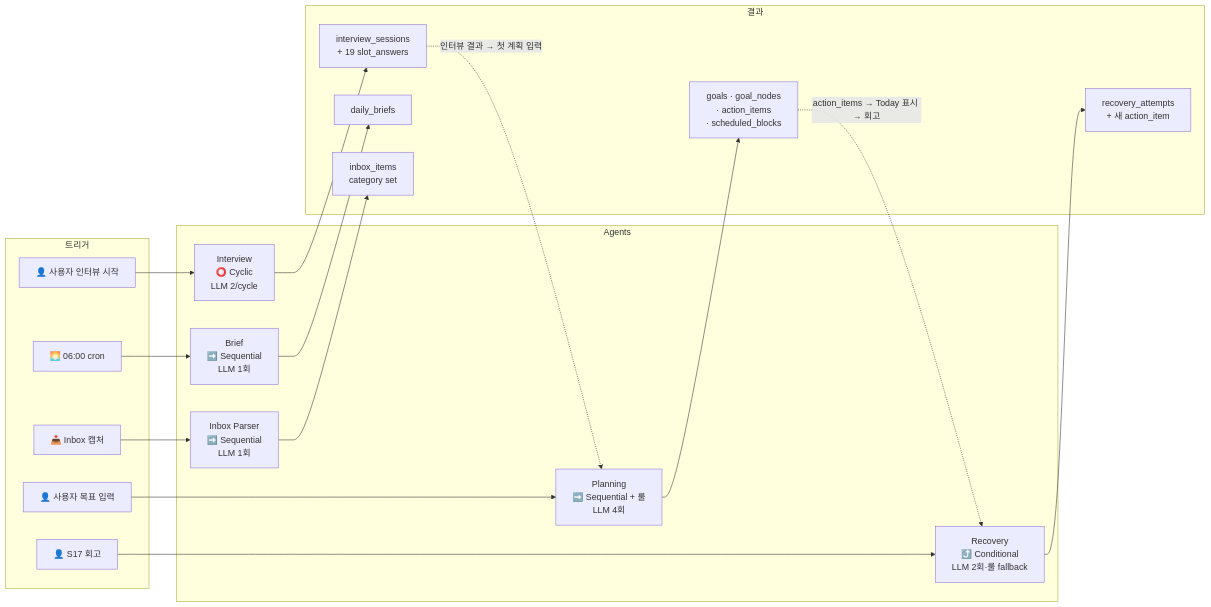
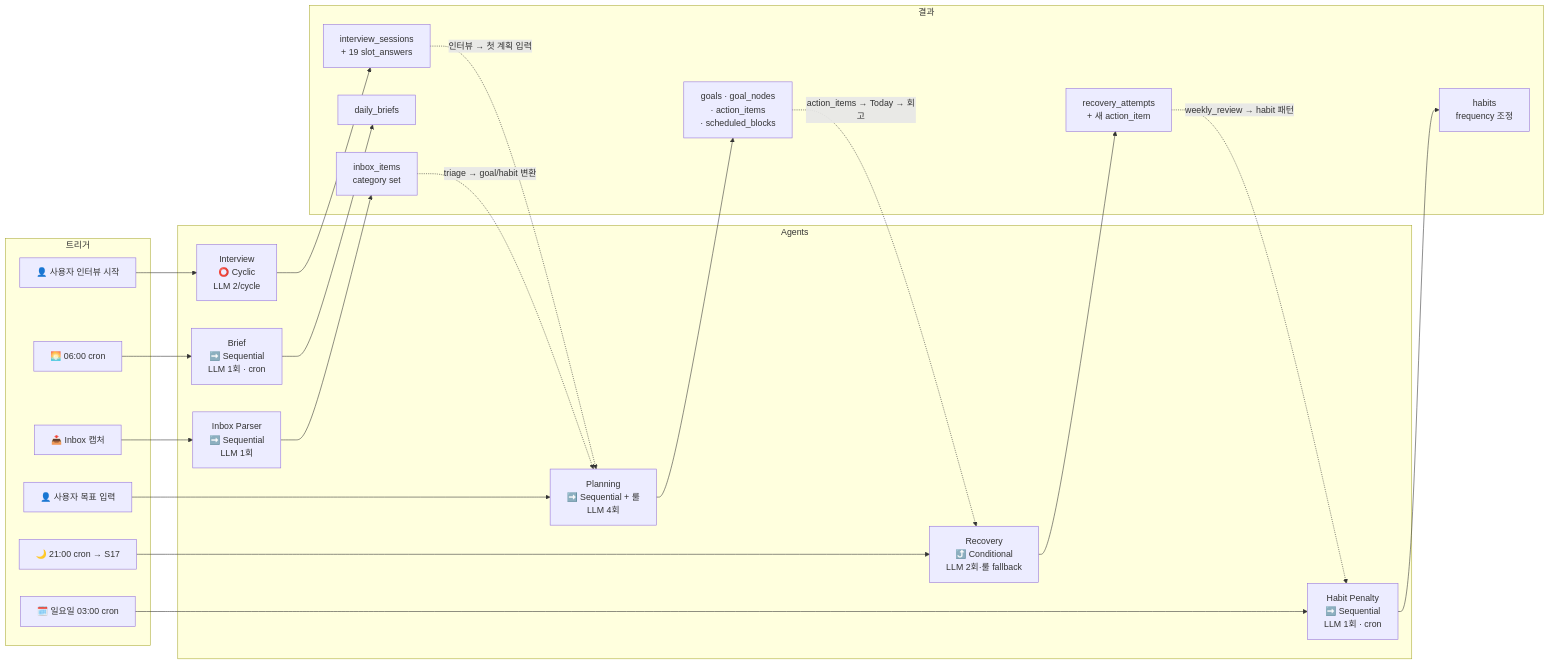
Before and after one commit to hanium-reaction/reaction-backend: the seventh of 7 diagrams in docs/decisions/0005-agentic-architecture-mvp.md, drawn with Mermaid. The commit also changed other lines of this file, not shown here.

Commit message:
docs(adr): 0005 전체 보강 — Top5+중간+경미 13개 해결 + Habit Penalty Agent + Adapter/Error/동시성/모니터링/만료 5개 신규 섹션

````diff
--- a/docs/decisions/0005-agentic-architecture-mvp.md
+++ b/docs/decisions/0005-agentic-architecture-mvp.md
@@ -413,35 +484,41 @@
 ```mermaid
 graph LR
   subgraph 트리거
     T1[👤 사용자 인터뷰 시작]
     T2[👤 사용자 목표 입력]
     T3[🌅 06:00 cron]
-    T4[👤 S17 회고]
+    T4[🌙 21:00 cron → S17]
     T5[📥 Inbox 캡처]
+    T6[🗓️ 일요일 03:00 cron]
   end
 
   subgraph Agents
     A1[Interview<br/>⭕ Cyclic<br/>LLM 2/cycle]
     A2[Planning<br/>➡️ Sequential + 룰<br/>LLM 4회]
-    A3[Brief<br/>➡️ Sequential<br/>LLM 1회]
+    A3[Brief<br/>➡️ Sequential<br/>LLM 1회 · cron]
     A4[Recovery<br/>⤴️ Conditional<br/>LLM 2회·룰 fallback]
     A5[Inbox Parser<br/>➡️ Sequential<br/>LLM 1회]
+    A6[Habit Penalty<br/>➡️ Sequential<br/>LLM 1회 · cron]
   end
 
   subgraph 결과
     R1[interview_sessions<br/>+ 19 slot_answers]
     R2[goals · goal_nodes<br/>· action_items<br/>· scheduled_blocks]
     R3[daily_briefs]
     R4[recovery_attempts<br/>+ 새 action_item]
     R5[inbox_items<br/>category set]
+    R6[habits<br/>frequency 조정]
   end
 
   T1 --> A1 --> R1
   T2 --> A2 --> R2
   T3 --> A3 --> R3
   T4 --> A4 --> R4
   T5 --> A5 --> R5
+  T6 --> A6 --> R6
 
-  R1 -.인터뷰 결과 → 첫 계획 입력.-> A2
-  R2 -.action_items → Today 표시 → 회고.-> A4
+  R1 -.인터뷰 → 첫 계획 입력.-> A2
+  R2 -.action_items → Today → 회고.-> A4
+  R4 -.weekly_review → habit 패턴.-> A6
+  R5 -.triage → goal/habit 변환.-> A2
 ```
````
